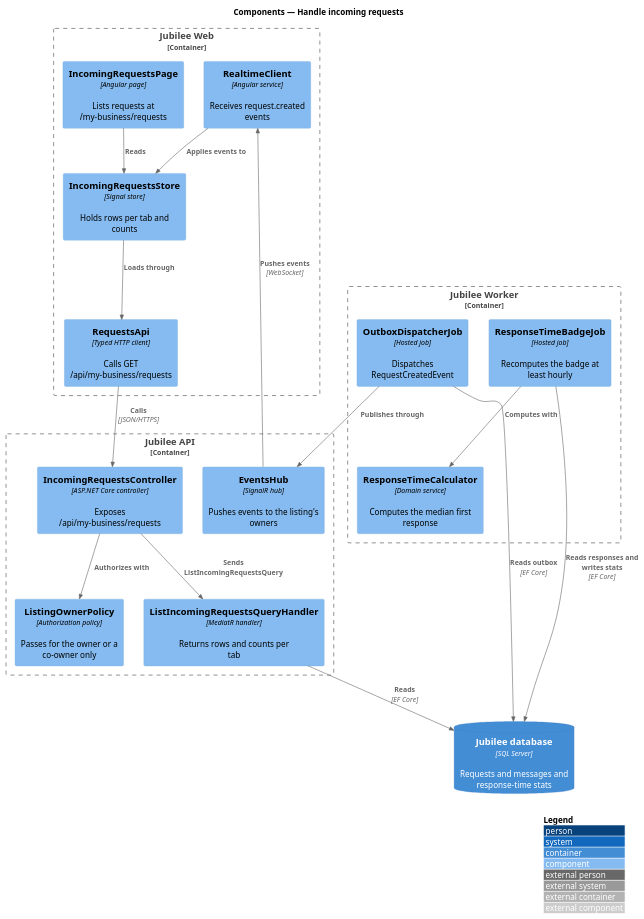
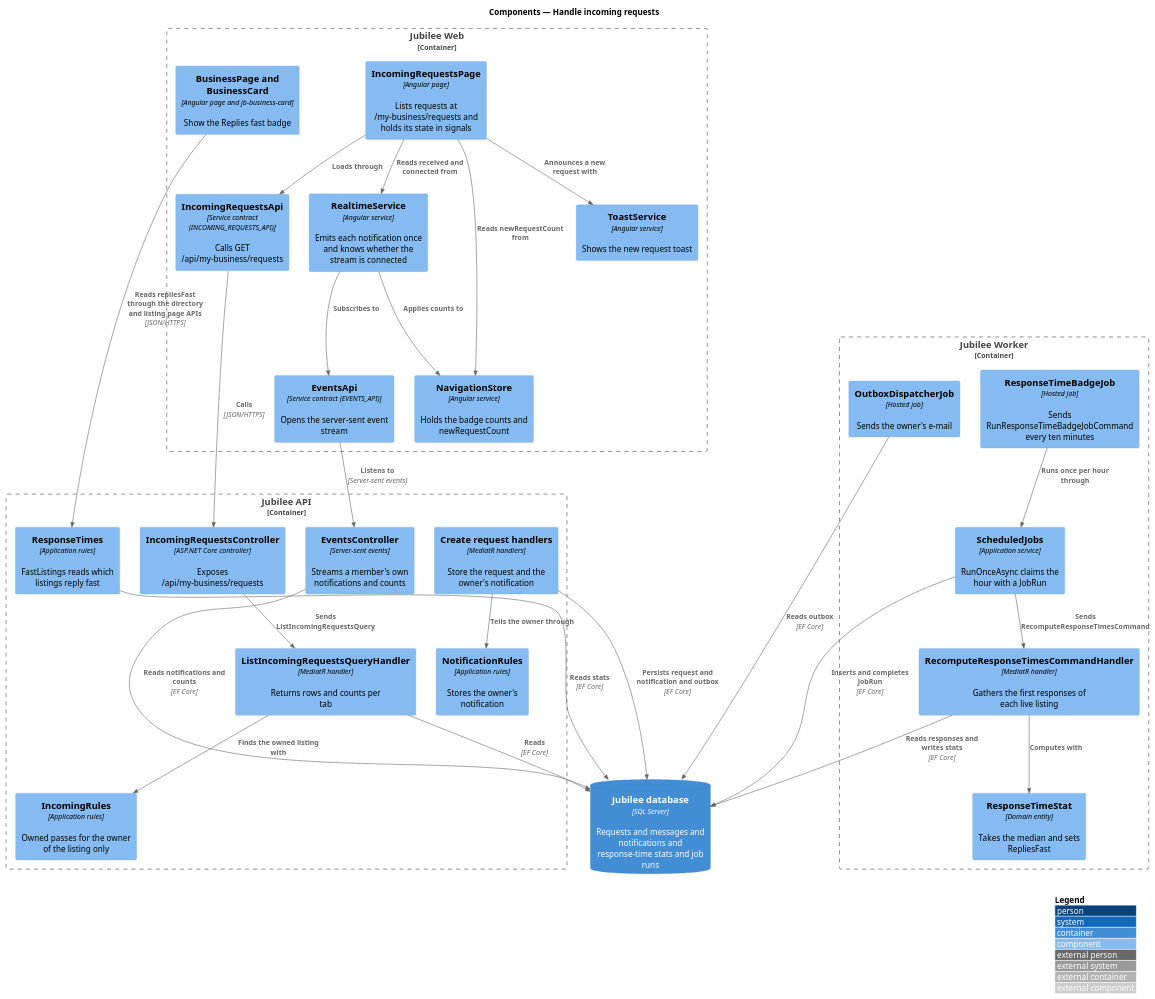
The diagram in docs/detailed-designs/requests/handle-incoming-requests/diagrams/c4-component.puml (QuinntyneBrown/jubilee), drawn with PlantUML before and after one commit. The commit also changed 35 other files, not shown here.

```diff
--- a/docs/detailed-designs/requests/handle-incoming-requests/diagrams/c4-component.puml
+++ b/docs/detailed-designs/requests/handle-incoming-requests/diagrams/c4-component.puml
@@ -1,37 +1,55 @@
 @startuml
 !include <C4/C4_Component>
 LAYOUT_WITH_LEGEND()
 title Components — Handle incoming requests
 
 Container_Boundary(web, "Jubilee Web") {
-  Component(page, "IncomingRequestsPage", "Angular page", "Lists requests at /my-business/requests")
-  Component(store, "IncomingRequestsStore", "Signal store", "Holds rows per tab and counts")
-  Component(client, "RequestsApi", "Typed HTTP client", "Calls GET /api/my-business/requests")
-  Component(rt, "RealtimeClient", "Angular service", "Receives request.created events")
+  Component(page, "IncomingRequestsPage", "Angular page", "Lists requests at /my-business/requests and holds its state in signals")
+  Component(client, "IncomingRequestsApi", "Service contract (INCOMING_REQUESTS_API)", "Calls GET /api/my-business/requests")
+  Component(rt, "RealtimeService", "Angular service", "Emits each notification once and knows whether the stream is connected")
+  Component(stream, "EventsApi", "Service contract (EVENTS_API)", "Opens the server-sent event stream")
+  Component(nav, "NavigationStore", "Angular service", "Holds the badge counts and newRequestCount")
+  Component(toast, "ToastService", "Angular service", "Shows the new request toast")
+  Component(badge, "BusinessPage and BusinessCard", "Angular page and jb-business-card", "Show the Replies fast badge")
 }
 Container_Boundary(api, "Jubilee API") {
   Component(ctrl, "IncomingRequestsController", "ASP.NET Core controller", "Exposes /api/my-business/requests")
-  Component(policy, "ListingOwnerPolicy", "Authorization policy", "Passes for the owner or a co-owner only")
   Component(handler, "ListIncomingRequestsQueryHandler", "MediatR handler", "Returns rows and counts per tab")
-  Component(hub, "EventsHub", "SignalR hub", "Pushes events to the listing's owners")
+  Component(rules, "IncomingRules", "Application rules", "Owned passes for the owner of the listing only")
+  Component(create, "Create request handlers", "MediatR handlers", "Store the request and the owner's notification")
+  Component(tell, "NotificationRules", "Application rules", "Stores the owner's notification")
+  Component(events, "EventsController", "Server-sent events", "Streams a member's own notifications and counts")
+  Component(fast, "ResponseTimes", "Application rules", "FastListings reads which listings reply fast")
 }
 Container_Boundary(worker, "Jubilee Worker") {
-  Component(outbox, "OutboxDispatcherJob", "Hosted job", "Dispatches RequestCreatedEvent")
-  Component(job, "ResponseTimeBadgeJob", "Hosted job", "Recomputes the badge at least hourly")
-  Component(calc, "ResponseTimeCalculator", "Domain service", "Computes the median first response")
+  Component(outbox, "OutboxDispatcherJob", "Hosted job", "Sends the owner's e-mail")
+  Component(job, "ResponseTimeBadgeJob", "Hosted job", "Sends RunResponseTimeBadgeJobCommand every ten minutes")
+  Component(once, "ScheduledJobs", "Application service", "RunOnceAsync claims the hour with a JobRun")
+  Component(calc, "RecomputeResponseTimesCommandHandler", "MediatR handler", "Gathers the first responses of each live listing")
+  Component(stat, "ResponseTimeStat", "Domain entity", "Takes the median and sets RepliesFast")
 }
-ContainerDb(db, "Jubilee database", "SQL Server", "Requests and messages and response-time stats")
+ContainerDb(db, "Jubilee database", "SQL Server", "Requests and messages and notifications and response-time stats and job runs")
 
-Rel(page, store, "Reads")
-Rel(store, client, "Loads through")
-Rel(rt, store, "Applies events to")
+Rel(page, client, "Loads through")
+Rel(page, rt, "Reads received and connected from")
+Rel(page, nav, "Reads newRequestCount from")
+Rel(page, toast, "Announces a new request with")
+Rel(rt, stream, "Subscribes to")
+Rel(rt, nav, "Applies counts to")
 Rel(client, ctrl, "Calls", "JSON/HTTPS")
-Rel(ctrl, policy, "Authorizes with")
+Rel(stream, events, "Listens to", "Server-sent events")
 Rel(ctrl, handler, "Sends ListIncomingRequestsQuery")
+Rel(handler, rules, "Finds the owned listing with")
 Rel(handler, db, "Reads", "EF Core")
+Rel(create, tell, "Tells the owner through")
+Rel(create, db, "Persists request and notification and outbox", "EF Core")
+Rel(events, db, "Reads notifications and counts", "EF Core")
+Rel(fast, db, "Reads stats", "EF Core")
+Rel(badge, fast, "Reads repliesFast through the directory and listing page APIs", "JSON/HTTPS")
 Rel(outbox, db, "Reads outbox", "EF Core")
-Rel(outbox, hub, "Publishes through")
-Rel(hub, rt, "Pushes events", "WebSocket")
-Rel(job, calc, "Computes with")
-Rel(job, db, "Reads responses and writes stats", "EF Core")
+Rel(job, once, "Runs once per hour through")
+Rel(once, calc, "Sends RecomputeResponseTimesCommand")
+Rel(once, db, "Inserts and completes JobRun", "EF Core")
+Rel(calc, stat, "Computes with")
+Rel(calc, db, "Reads responses and writes stats", "EF Core")
 @enduml
```
